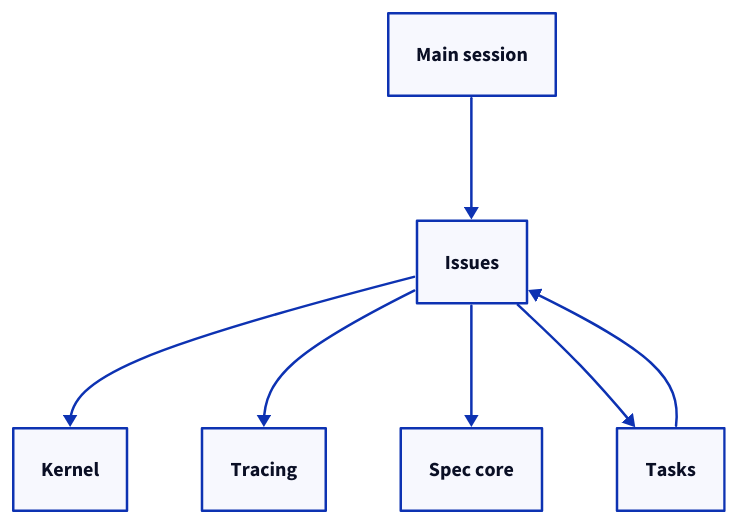
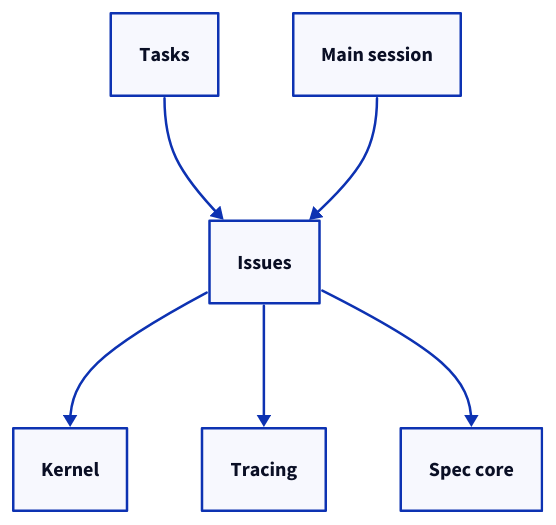
One commit to FTOD/concorde changed the first of 6 diagrams in specs/concorde/issues/module.md. Above: the diagram before and after it, drawn with D2. The commit also changed other lines of this file and 34 other files, not shown here.

First line of the commit message:
Kernel unfinished-merge marker: Tasks writes it, Issues and project_review refuse on it

````diff
--- a/specs/concorde/issues/module.md
+++ b/specs/concorde/issues/module.md
@@ -221,14 +221,13 @@
 ```d2
 issues: Issues
 kernel: Kernel
 core: Spec core
 tasks: Tasks
 tracing: Tracing
 session: Main session
 issues -> kernel
 issues -> tracing
 issues -> core
-issues -> tasks
 tasks -> issues
 session -> issues
 ```
````
